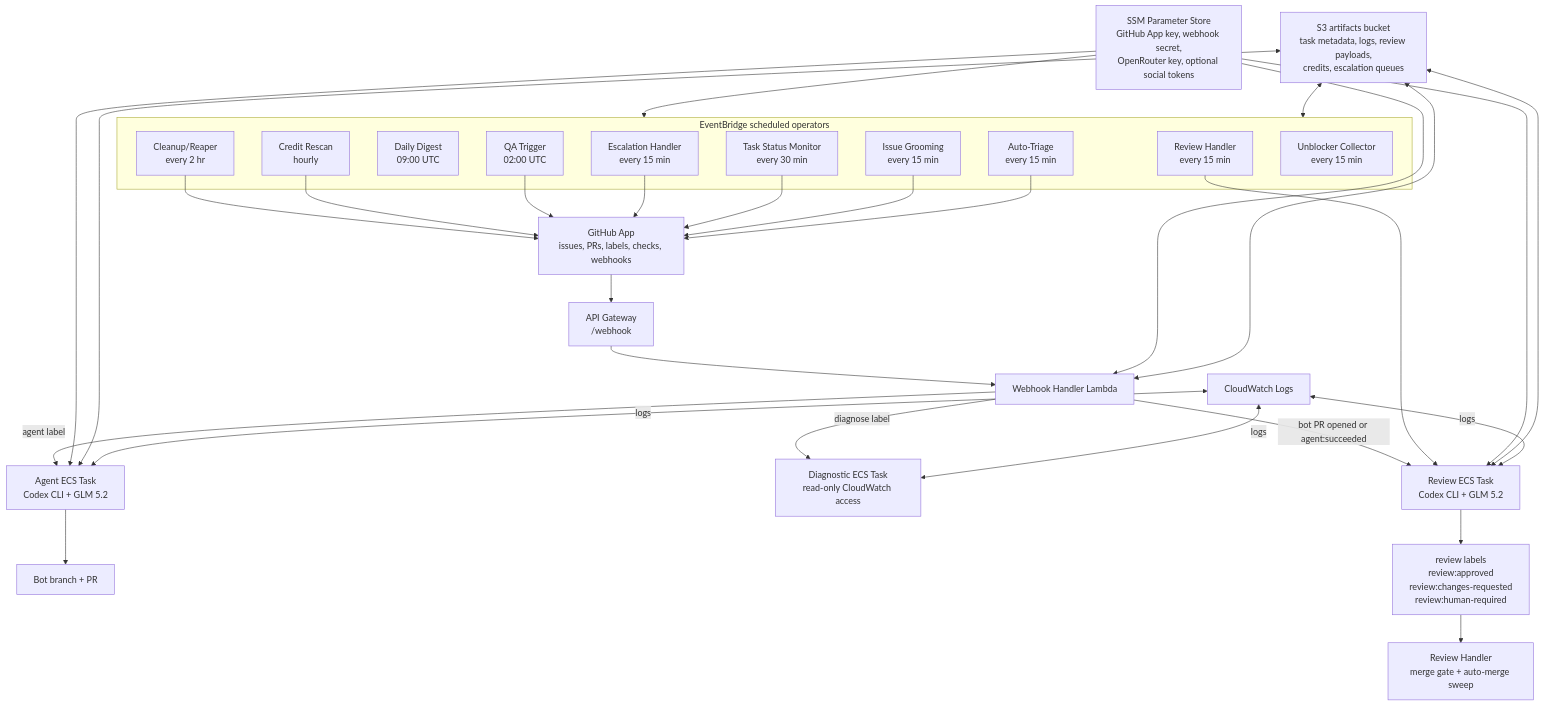
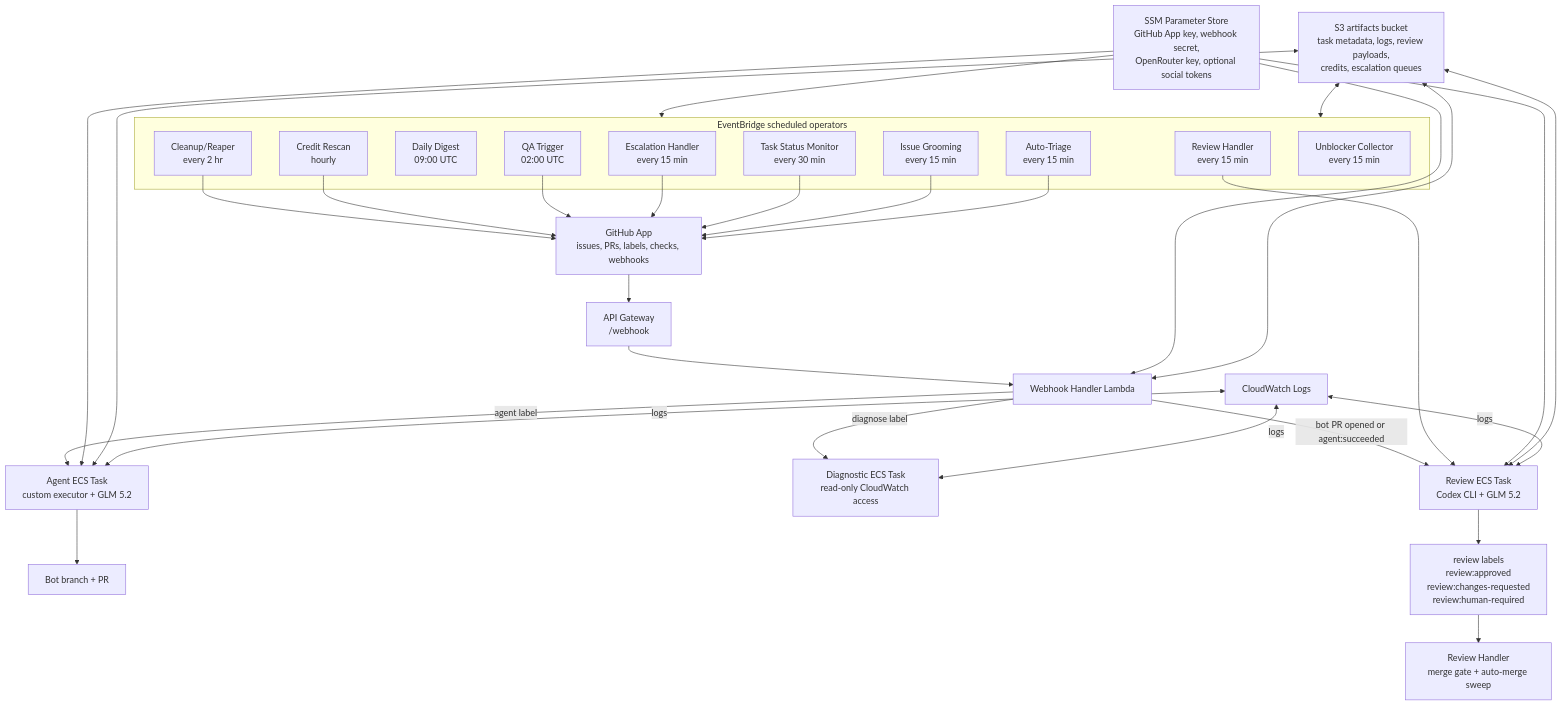
The first of 3 diagrams in docs/architecture.md (cenetex/agent), drawn with Mermaid before and after one commit. The commit also changed other lines of this file and 12 other files, not shown here.

Commit message:
Switch main agent to custom executor

````diff
--- a/docs/architecture.md
+++ b/docs/architecture.md
@@ -8,49 +8,49 @@
 ```mermaid
 flowchart TD
   GitHub["GitHub App<br/>issues, PRs, labels, checks, webhooks"] --> Api["API Gateway<br/>/webhook"]
   Api --> Webhook["Webhook Handler Lambda"]
 
-  Webhook -->|agent label| AgentTask["Agent ECS Task<br/>Codex CLI + GLM 5.2"]
+  Webhook -->|agent label| AgentTask["Agent ECS Task<br/>custom executor + GLM 5.2"]
   Webhook -->|diagnose label| DiagnosticTask["Diagnostic ECS Task<br/>read-only CloudWatch access"]
   Webhook -->|bot PR opened or agent:succeeded| ReviewTask["Review ECS Task<br/>Codex CLI + GLM 5.2"]
 
   AgentTask --> PullRequest["Bot branch + PR"]
   ReviewTask --> ReviewLabels["review labels<br/>review:approved<br/>review:changes-requested<br/>review:human-required"]
   ReviewLabels --> MergeGate["Review Handler<br/>merge gate + auto-merge sweep"]
 
   subgraph Scheduled["EventBridge scheduled operators"]
     ReviewSweep["Review Handler<br/>every 15 min"]
     Cleanup["Cleanup/Reaper<br/>every 2 hr"]
     DailyDigest["Daily Digest<br/>09:00 UTC"]
     CreditRescan["Credit Rescan<br/>hourly"]
     QA["QA Trigger<br/>02:00 UTC"]
     Escalation["Escalation Handler<br/>every 15 min"]
     TaskStatus["Task Status Monitor<br/>every 30 min"]
     Grooming["Issue Grooming<br/>every 15 min"]
     Triage["Auto-Triage<br/>every 15 min"]
     Unblocker["Unblocker Collector<br/>every 15 min"]
   end
 
   ReviewSweep --> ReviewTask
   Cleanup --> GitHub
   CreditRescan --> GitHub
   QA --> GitHub
   Escalation --> GitHub
   TaskStatus --> GitHub
   Grooming --> GitHub
   Triage --> GitHub
 
   SSM["SSM Parameter Store<br/>GitHub App key, webhook secret,<br/>OpenRouter key, optional social tokens"] --> Webhook
   SSM --> Scheduled
   SSM --> AgentTask
   SSM --> ReviewTask
 
   S3["S3 artifacts bucket<br/>task metadata, logs, review payloads,<br/>credits, escalation queues"] <--> Webhook
   S3 <--> AgentTask
   S3 <--> ReviewTask
   S3 <--> Scheduled
 
   CloudWatch["CloudWatch Logs"] <-->|logs| AgentTask
   CloudWatch <-->|logs| ReviewTask
   CloudWatch <-->|logs| DiagnosticTask
 ```
````
